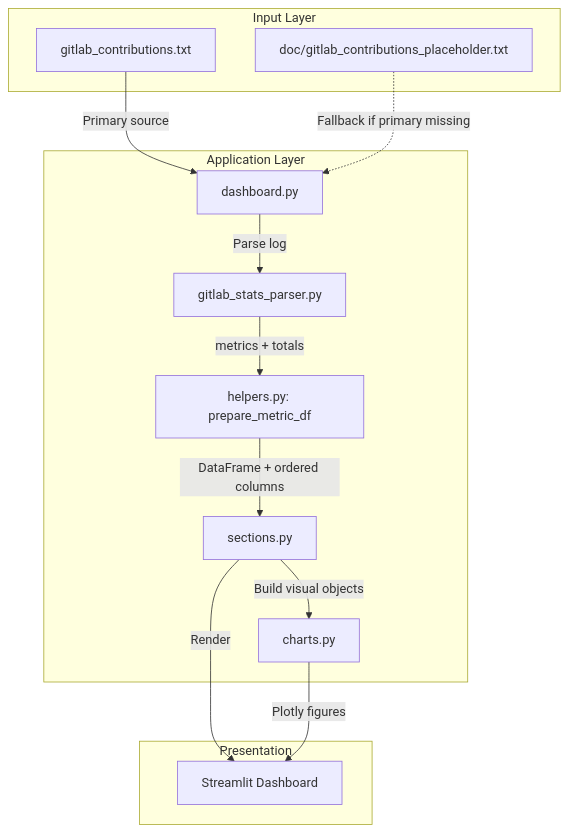
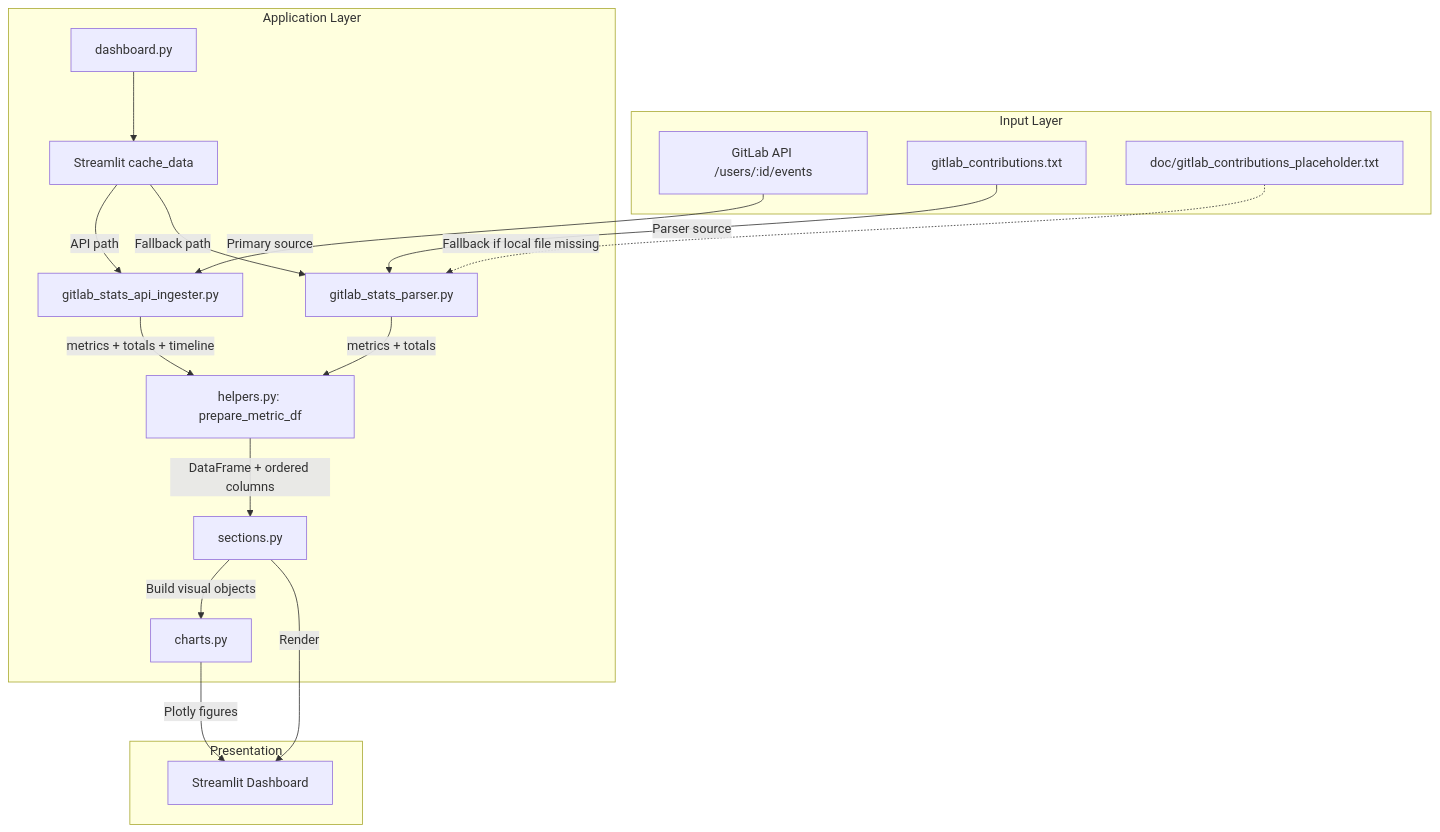
One commit to charlielang02/gitlab_stats changed the diagram in README.md. Above: the diagram before and after it, drawn with Mermaid. The commit also changed other lines of this file, not shown here.

Commit message:
docs: update README with enhanced features and API integration details

````diff
--- a/README.md
+++ b/README.md
@@ -55,37 +61,47 @@
 ```mermaid
 graph TB
+   A[GitLab API /users/:id/events]
    B[gitlab_contributions.txt]
    C[doc/gitlab_contributions_placeholder.txt]
    D[dashboard.py]
-   E[gitlab_stats_parser.py]
-   F[helpers.py: prepare_metric_df]
-   G[sections.py]
-   H[charts.py]
-   I[Streamlit Dashboard]
+   E[Streamlit cache_data]
+   F[gitlab_stats_api_ingester.py]
+   G[gitlab_stats_parser.py]
+   H[helpers.py: prepare_metric_df]
+   I[sections.py]
+   J[charts.py]
+   K[Streamlit Dashboard]
 
-   B -->|Primary source| D
-   C -.->|Fallback if primary missing| D
-   D -->|Parse log| E
-   E -->|metrics + totals| F
-   F -->|DataFrame + ordered columns| G
-   G -->|Build visual objects| H
-   G -->|Render| I
-   H -->|Plotly figures| I
+   A -->|Primary source| F
+   B -->|Parser source| G
+   C -.->|Fallback if local file missing| G
+   D --> E
+   E -->|API path| F
+   E -->|Fallback path| G
+   F -->|metrics + totals + timeline| H
+   G -->|metrics + totals| H
+   H -->|DataFrame + ordered columns| I
+   I -->|Build visual objects| J
+   I -->|Render| K
+   J -->|Plotly figures| K
 
    subgraph "Input Layer"
+      A
       B
       C
-    end
+   end
 
    subgraph "Application Layer"
       D
       E
       F
       G
       H
-    end
+      I
+      J
+   end
 
    subgraph "Presentation"
-      I
-    end
+      K
+   end
 ```
````
